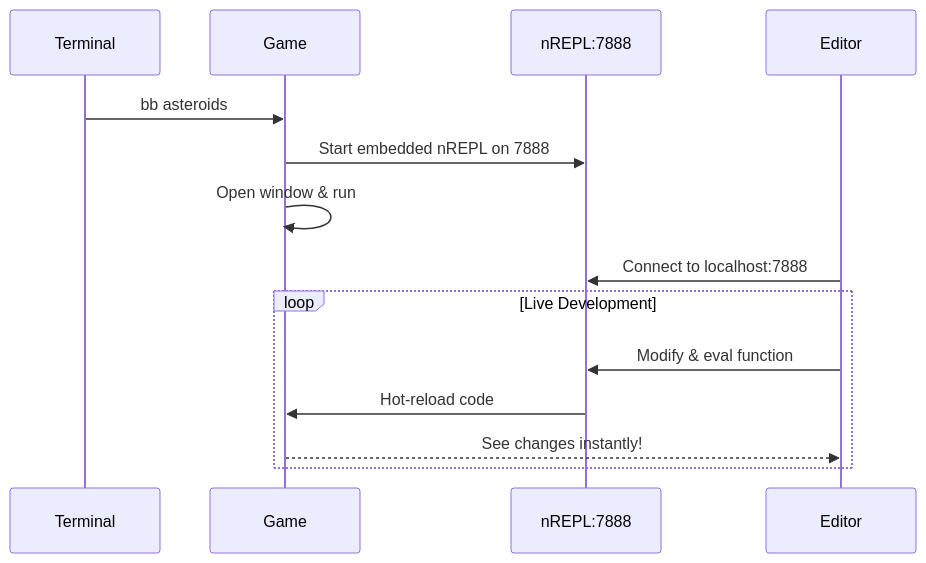
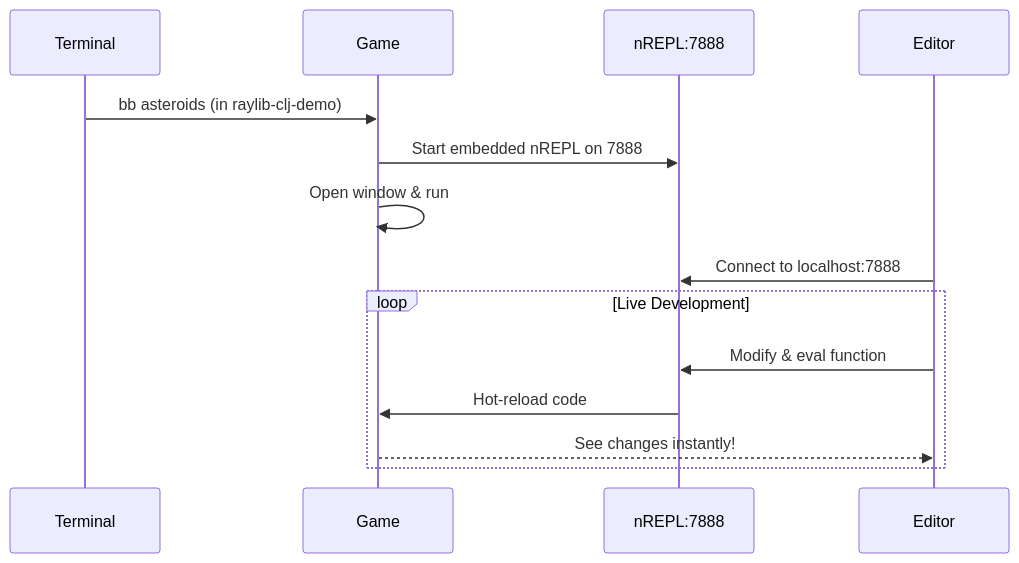
One commit to b12n-oss/raylib-clj changed the diagram in docs/guide/repl-workflow.md. Above: the diagram before and after it, drawn with Mermaid. The commit also changed other lines of this file and 277 other files, not shown here.

````diff
--- a/docs/guide/repl-workflow.md
+++ b/docs/guide/repl-workflow.md
@@ -21,18 +22,18 @@
 ```mermaid
 sequenceDiagram
     participant Terminal
     participant Game
     participant nREPL as nREPL:7888
     participant Editor
 
-    Terminal->>Game: bb asteroids
+    Terminal->>Game: bb asteroids (in raylib-clj-demo)
     Game->>nREPL: Start embedded nREPL on 7888
     Game->>Game: Open window & run
     Editor->>nREPL: Connect to localhost:7888
 
     loop Live Development
         Editor->>nREPL: Modify & eval function
         nREPL->>Game: Hot-reload code
         Game-->>Editor: See changes instantly!
     end
 ```
````
